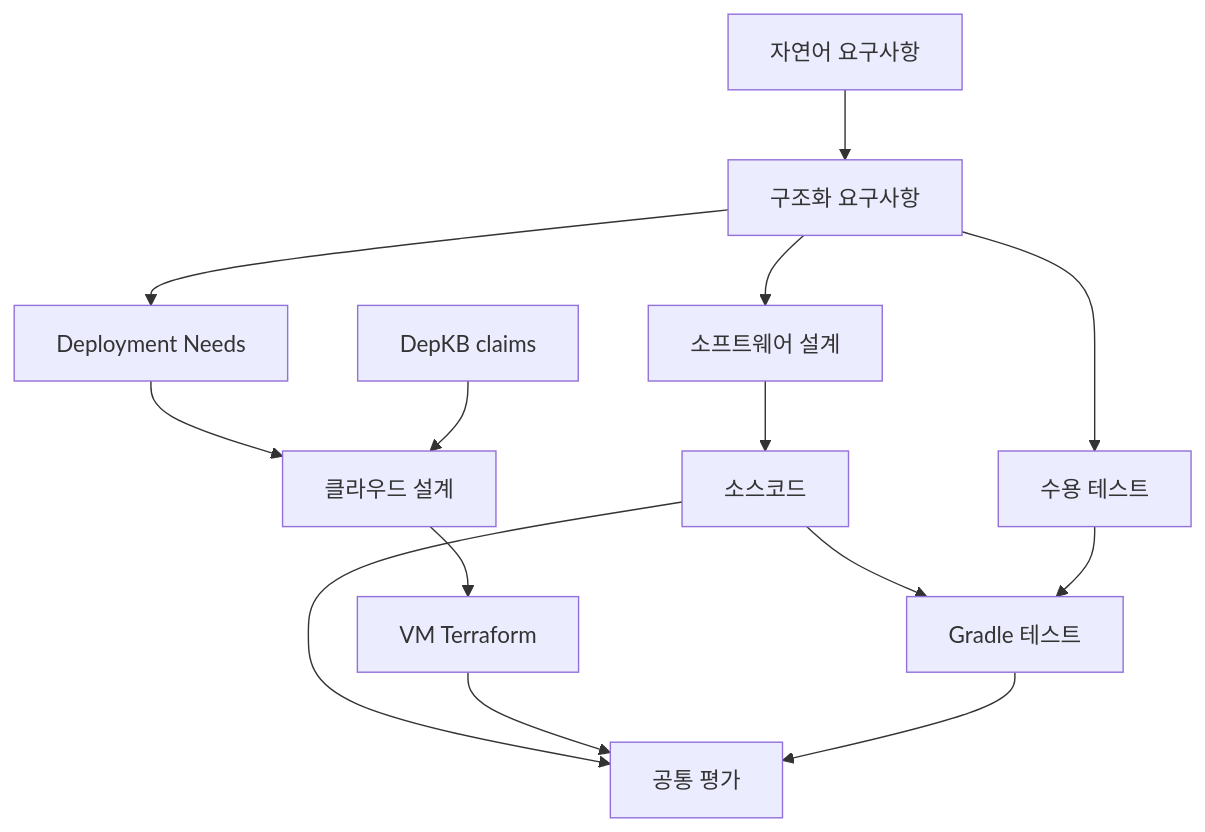
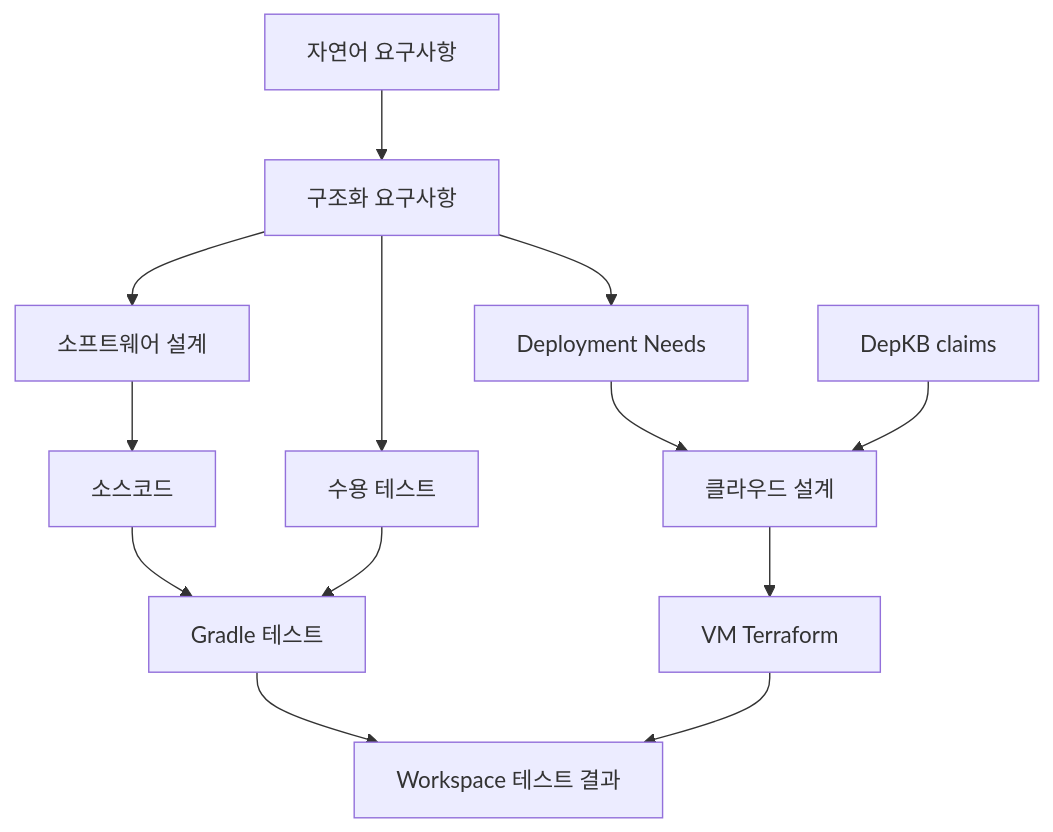
Before and after one commit to PNU-capstone-2026-17/easydep: the second of 3 diagrams in docs/current-system-status.md, drawn with Mermaid. The commit also changed other lines of this file and 278 other files, not shown here.

````diff
--- a/docs/current-system-status.md
+++ b/docs/current-system-status.md
@@ -77,16 +74,15 @@
 ```mermaid
 flowchart TD
     Q[자연어 요구사항] --> RS[구조화 요구사항]
     RS --> DN[Deployment Needs]
     RS --> SD[소프트웨어 설계]
     DN --> CD[클라우드 설계]
     KB[DepKB claims] --> CD
     SD --> SRC[소스코드]
     CD --> IAC[VM Terraform]
     RS --> AT[수용 테스트]
     SRC --> TEST[Gradle 테스트]
     AT --> TEST
-    SRC --> EVAL[공통 평가]
-    IAC --> EVAL
-    TEST --> EVAL
+    TEST --> RESULT[Workspace 테스트 결과]
+    IAC --> RESULT
 ```
````
